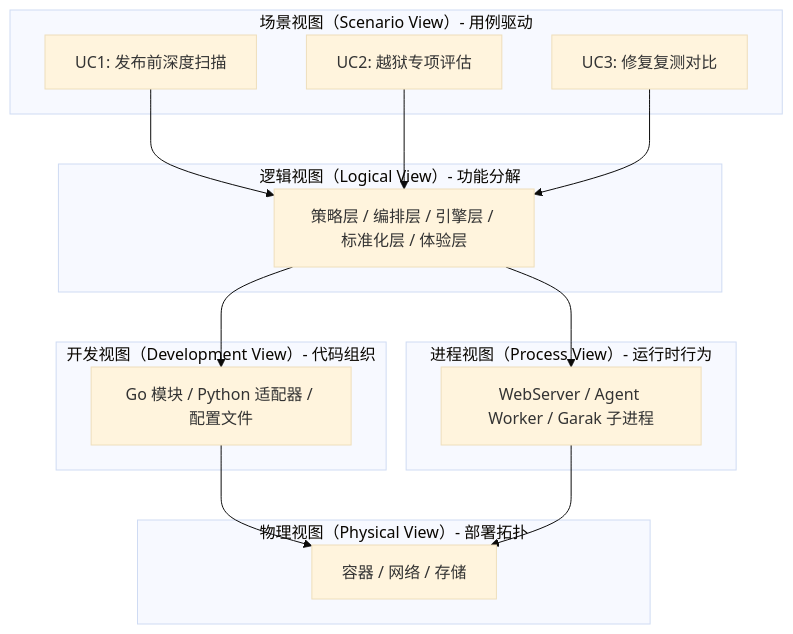
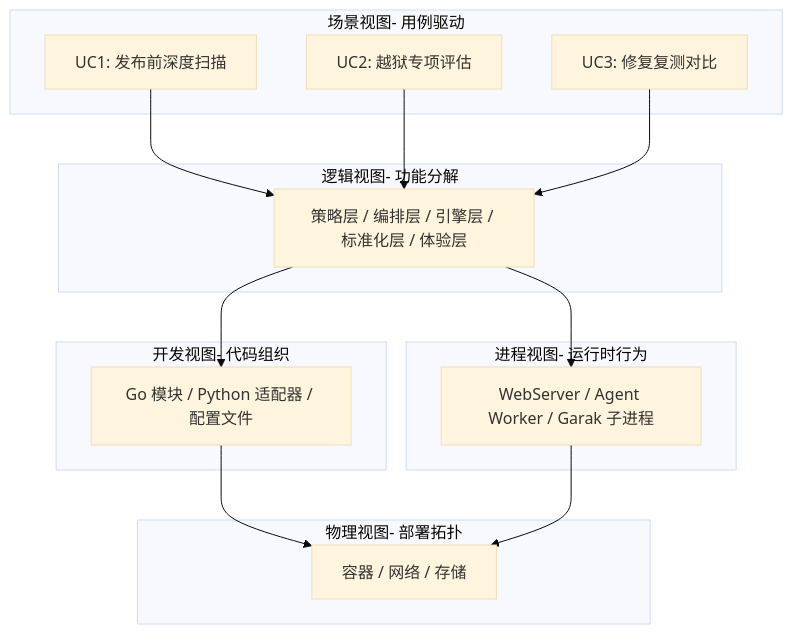
Before and after one commit to zhanghonghn/AI-Infra-Guard: the first of 14 diagrams in docs/architecture/garak-integration-4plus1-design.md, drawn with Mermaid (base theme). The commit also changed other lines of this file and 1 other file, not shown here.

````diff
--- a/docs/architecture/garak-integration-4plus1-design.md
+++ b/docs/architecture/garak-integration-4plus1-design.md
@@ -74,23 +74,23 @@
 ```mermaid
 graph TD
-    subgraph 场景视图["场景视图（Scenario View）- 用例驱动"]
+    subgraph 场景视图["场景视图- 用例驱动"]
         UC1[UC1: 发布前深度扫描]
         UC2[UC2: 越狱专项评估]
         UC3[UC3: 修复复测对比]
     end
-    subgraph 逻辑视图["逻辑视图（Logical View）- 功能分解"]
+    subgraph 逻辑视图["逻辑视图- 功能分解"]
         LOGIC[策略层 / 编排层 / 引擎层 / 标准化层 / 体验层]
     end
-    subgraph 开发视图["开发视图（Development View）- 代码组织"]
+    subgraph 开发视图["开发视图- 代码组织"]
         DEV[Go 模块 / Python 适配器 / 配置文件]
     end
-    subgraph 进程视图["进程视图（Process View）- 运行时行为"]
+    subgraph 进程视图["进程视图- 运行时行为"]
         PROC[WebServer / Agent Worker / Garak 子进程]
     end
-    subgraph 物理视图["物理视图（Physical View）- 部署拓扑"]
+    subgraph 物理视图["物理视图- 部署拓扑"]
         PHY[容器 / 网络 / 存储]
     end
     UC1 & UC2 & UC3 --> LOGIC
     LOGIC --> DEV & PROC
     DEV & PROC --> PHY
 ```
````
